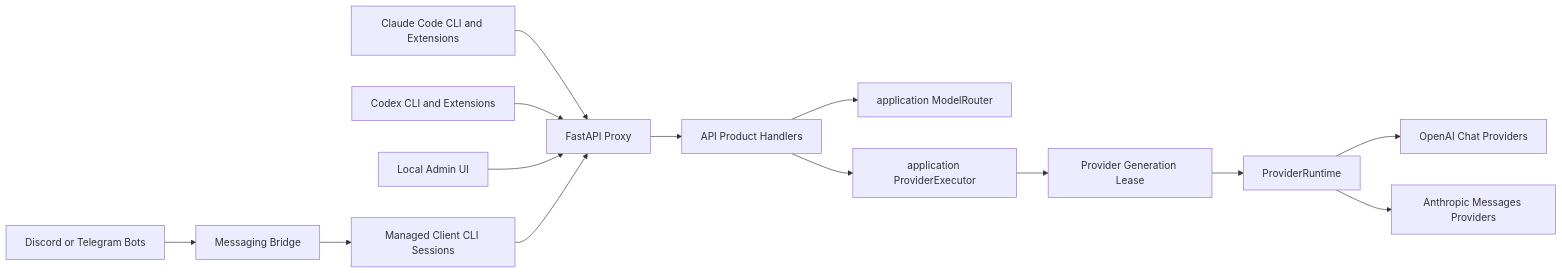
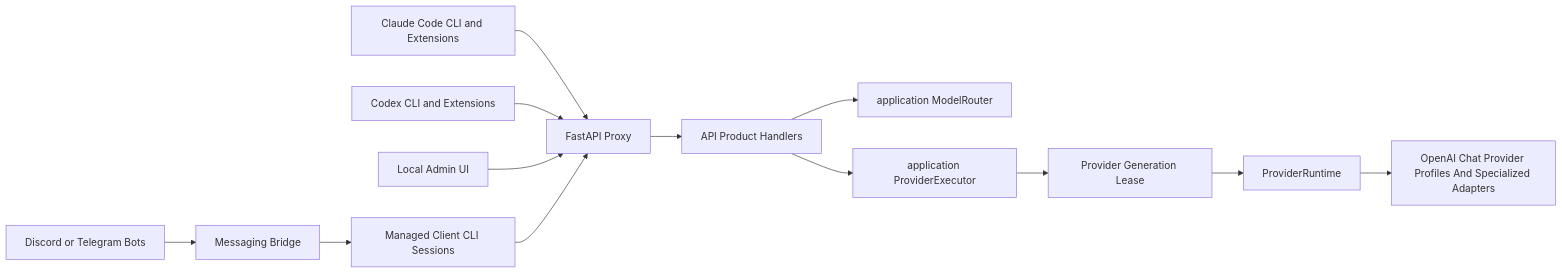
One commit to shinmentakezo07/shin07 changed the first of 3 diagrams in ARCHITECTURE.md. Above: the diagram before and after it, drawn with Mermaid. The commit also changed other lines of this file and 121 other files, not shown here.

First line of the commit message:
Consolidate OpenAI-compatible provider adapters (#1069)

````diff
--- a/ARCHITECTURE.md
+++ b/ARCHITECTURE.md
@@ -27,16 +27,15 @@
 ```mermaid
 flowchart LR
     ClaudeCode[Claude Code CLI and Extensions] --> ProxyAPI[FastAPI Proxy]
     Codex[Codex CLI and Extensions] --> ProxyAPI
     AdminUI[Local Admin UI] --> ProxyAPI
     Bots[Discord or Telegram Bots] --> Messaging[Messaging Bridge]
     Messaging --> ClientCLI[Managed Client CLI Sessions]
     ClientCLI --> ProxyAPI
     ProxyAPI --> Handlers[API Product Handlers]
     Handlers --> Router[application ModelRouter]
     Handlers --> Executor[application ProviderExecutor]
     Executor --> Lease[Provider Generation Lease]
     Lease --> Providers[ProviderRuntime]
-    Providers --> OpenAIChat[OpenAI Chat Providers]
-    Providers --> NativeAnthropic[Anthropic Messages Providers]
+    Providers --> OpenAIChat[OpenAI Chat Provider Profiles And Specialized Adapters]
 ```
````
